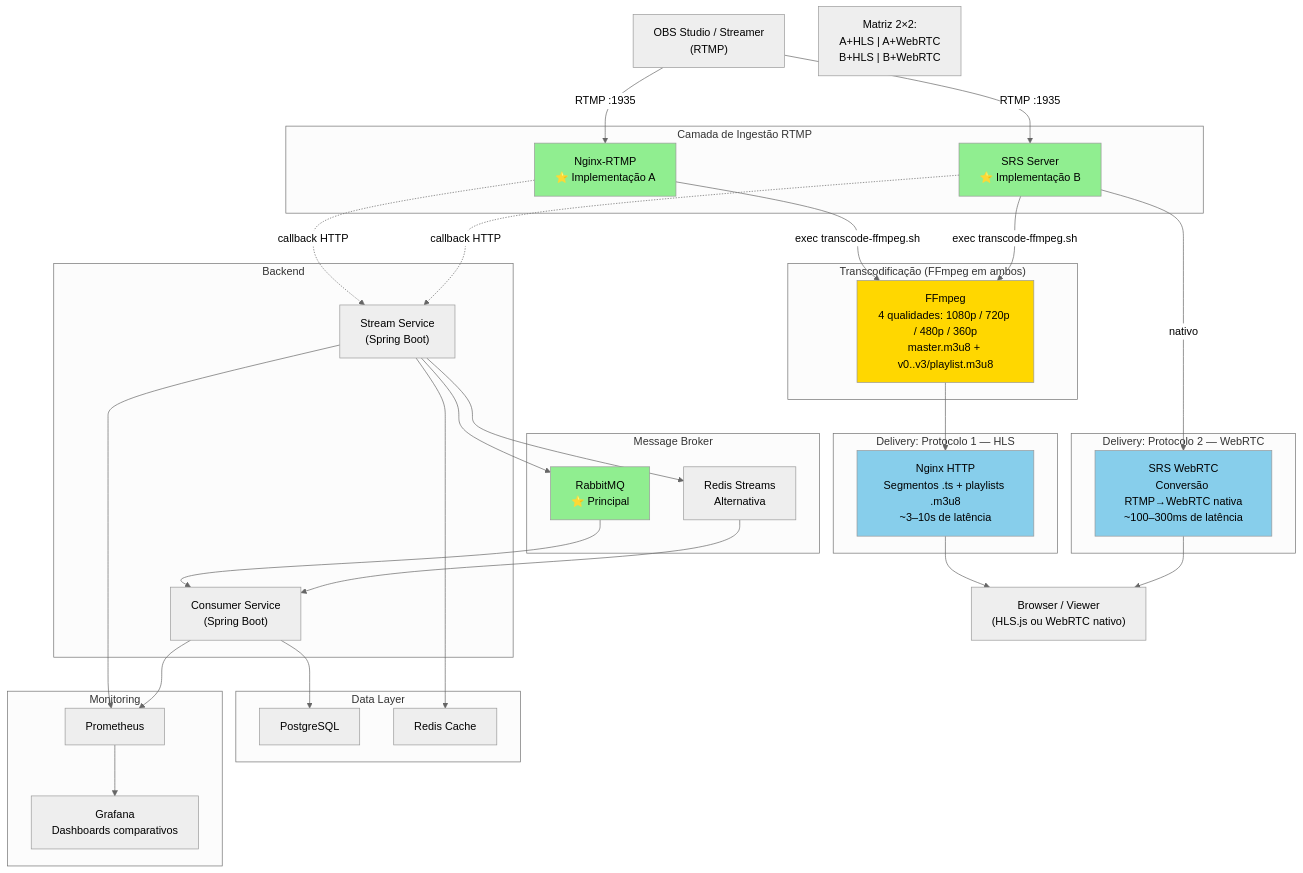
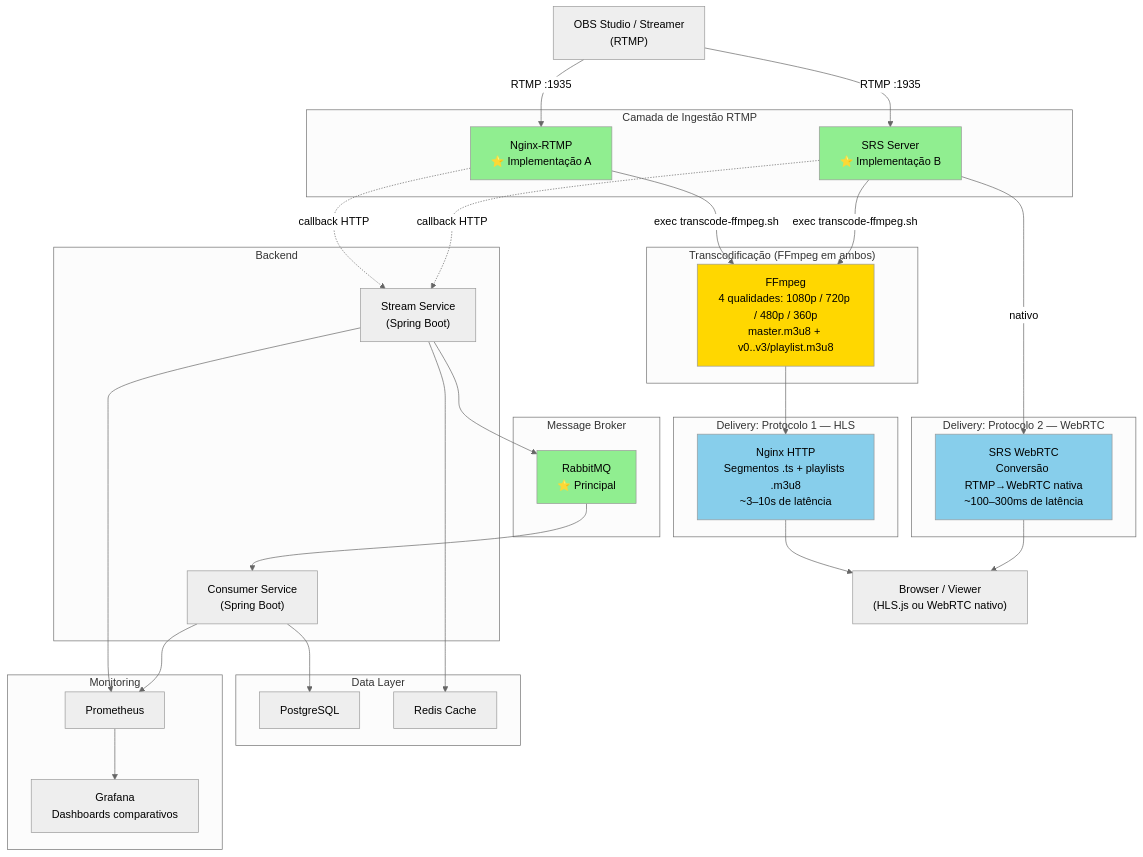
One commit to valter-junnior/tcc-streaming-platform changed the diagram in docs/diagrams/02-arquitetura-alternativas.mermaid. Above: the diagram before and after it, drawn with Mermaid (neutral theme). The commit also changed 10 other files, not shown here.

Commit message:
feat: atualizar documentação e diagramas da arquitetura da plataforma de streaming

```diff
--- a/docs/diagrams/02-arquitetura-alternativas.mermaid
+++ b/docs/diagrams/02-arquitetura-alternativas.mermaid
@@ -1,69 +1,65 @@
 flowchart TB
     OBS["OBS Studio / Streamer\n(RTMP)"]
 
     subgraph Ingestion["Camada de Ingestão RTMP"]
         NGX["Nginx-RTMP\n⭐ Implementação A"]
         SRS["SRS Server\n⭐ Implementação B"]
     end
 
     subgraph Transcoding["Transcodificação (FFmpeg em ambos)"]
         FFmpeg["FFmpeg\n4 qualidades: 1080p / 720p / 480p / 360p\nmaster.m3u8 + v0..v3/playlist.m3u8"]
     end
 
     subgraph HLSDelivery["Delivery: Protocolo 1 — HLS"]
         HLS["Nginx HTTP\nSegmentos .ts + playlists .m3u8\n~3–10s de latência"]
     end
 
     subgraph WebRTCDelivery["Delivery: Protocolo 2 — WebRTC"]
         WRT["SRS WebRTC\nConversão RTMP→WebRTC nativa\n~100–300ms de latência"]
     end
 
     subgraph Broker["Message Broker"]
         MB2["RabbitMQ\n⭐ Principal"]
-        MB3["Redis Streams\nAlternativa"]
     end
 
     subgraph Backend["Backend"]
         API["Stream Service\n(Spring Boot)"]
         Consumer["Consumer Service\n(Spring Boot)"]
     end
 
     subgraph Data["Data Layer"]
         DB["PostgreSQL"]
         Cache["Redis Cache"]
     end
 
     subgraph Monitoring["Monitoring"]
         Prom["Prometheus"]
         Graf["Grafana\nDashboards comparativos"]
     end
 
     Browser["Browser / Viewer\n(HLS.js ou WebRTC nativo)"]
 
     OBS -->|RTMP :1935| NGX
     OBS -->|RTMP :1935| SRS
     NGX -->|exec transcode-ffmpeg.sh| FFmpeg
     SRS -->|exec transcode-ffmpeg.sh| FFmpeg
     FFmpeg --> HLS
     SRS -->|nativo| WRT
     HLS --> Browser
     WRT --> Browser
 
     NGX & SRS -.->|callback HTTP| API
-    API --> MB2 & MB3
-    MB2 & MB3 --> Consumer
+    API --> MB2
+    MB2 --> Consumer
     Consumer --> DB
     API --> Cache
 
     API & Consumer --> Prom
     Prom --> Graf
-
-    %% Matriz 2x2
-    note1["Matriz 2×2:\nA+HLS | A+WebRTC\nB+HLS | B+WebRTC"]
 
     style NGX fill:#90EE90
     style SRS fill:#90EE90
     style FFmpeg fill:#FFD700
     style HLS fill:#87CEEB
     style WRT fill:#87CEEB
     style MB2 fill:#90EE90
```
